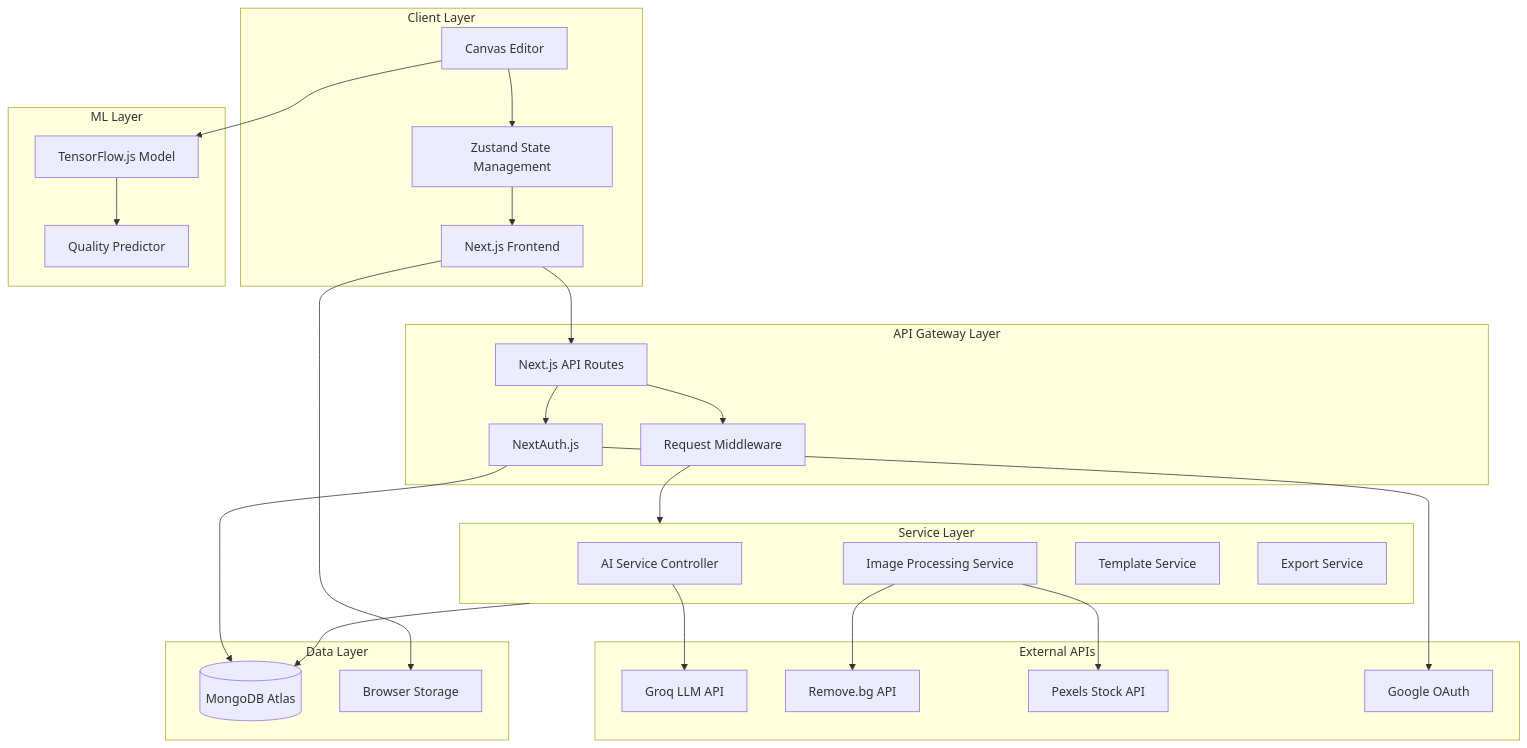
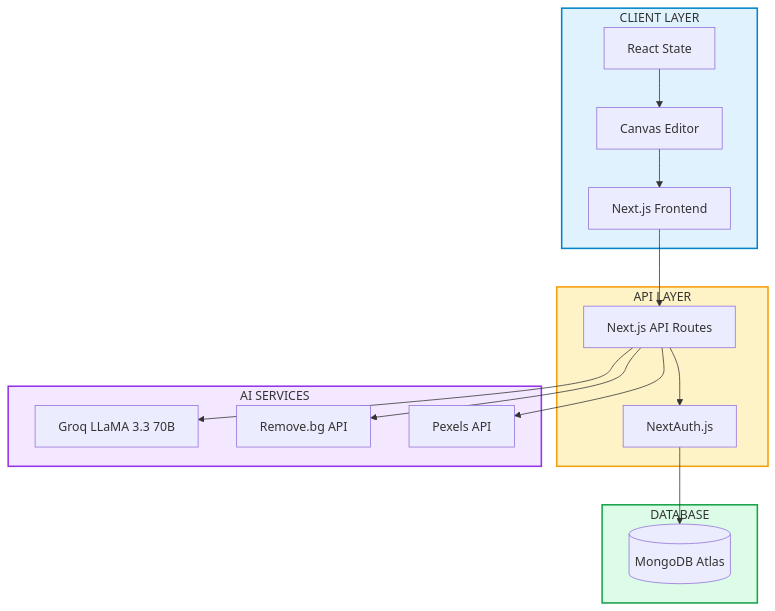
Before and after one commit to yashodipmore/RetailSyncAI: the ninth of 15 diagrams in README.md, drawn with Mermaid. The commit also changed other lines of this file and 16 other files, not shown here.

First line of the commit message:
Major Update: Professional Home Page, Team Section, Architecture & R&D Docs

````diff
--- a/README.md
+++ b/README.md
@@ -126,58 +304,37 @@
 ```mermaid
 flowchart TB
-    subgraph Client["Client Layer"]
+    subgraph Client[" CLIENT LAYER"]
         UI[Next.js Frontend]
         Canvas[Canvas Editor]
-        State[Zustand State Management]
+        State[React State]
     end
 
-    subgraph API["API Gateway Layer"]
-        NextAPI[Next.js API Routes]
+    subgraph API[" API LAYER"]
+        Routes[Next.js API Routes]
         Auth[NextAuth.js]
-        Middleware[Request Middleware]
     end
 
-    subgraph Services["Service Layer"]
-        AIService[AI Service Controller]
-        ImageService[Image Processing Service]
-        TemplateService[Template Service]
-        ExportService[Export Service]
+    subgraph AI[" AI SERVICES"]
+        Groq[Groq LLaMA 3.3 70B]
+        RemoveBG[Remove.bg API]
+        Pexels[Pexels API]
     end
 
-    subgraph External["External APIs"]
-        Groq[Groq LLM API]
-        RemoveBG[Remove.bg API]
-        Pexels[Pexels Stock API]
-        Google[Google OAuth]
+    subgraph DB[" DATABASE"]
+        MongoDB[(MongoDB Atlas)]
     end
 
-    subgraph Storage["Data Layer"]
-        MongoDB[(MongoDB Atlas)]
-        LocalStorage[Browser Storage]
-    end
+    UI --> Routes
+    Canvas --> UI
+    State --> Canvas
+    Routes --> Auth
+    Routes --> Groq
+    Routes --> RemoveBG
+    Routes --> Pexels
+    Auth --> MongoDB
 
-    subgraph ML["ML Layer"]
-        TFModel[TensorFlow.js Model]
-        QualityScore[Quality Predictor]
-    end
-
-    UI --> NextAPI
-    Canvas --> State
-    State --> UI
-    
-    NextAPI --> Auth
-    NextAPI --> Middleware
-    Middleware --> Services
-    
-    AIService --> Groq
-    ImageService --> RemoveBG
-    ImageService --> Pexels
-    Auth --> Google
-    Auth --> MongoDB
-    
-    Services --> MongoDB
-    UI --> LocalStorage
-    
-    Canvas --> TFModel
-    TFModel --> QualityScore
+    style Client fill:#e0f2fe,stroke:#0284c7,stroke-width:2px
+    style API fill:#fef3c7,stroke:#f59e0b,stroke-width:2px
+    style AI fill:#f3e8ff,stroke:#9333ea,stroke-width:2px
+    style DB fill:#dcfce7,stroke:#16a34a,stroke-width:2px
 ```
````
